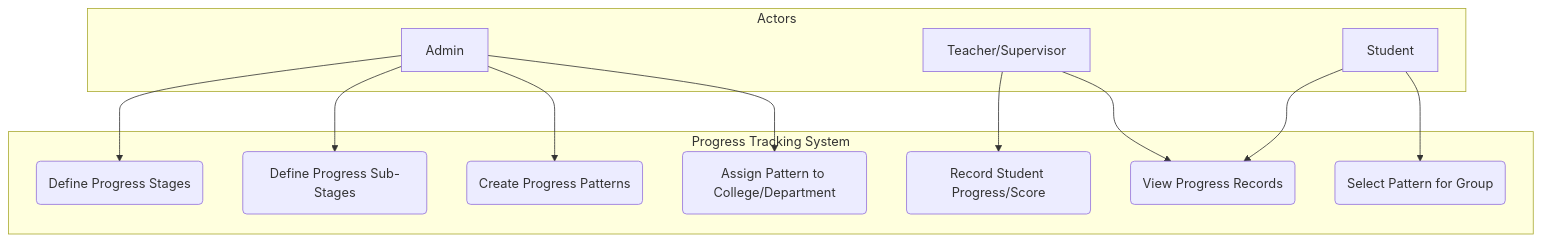
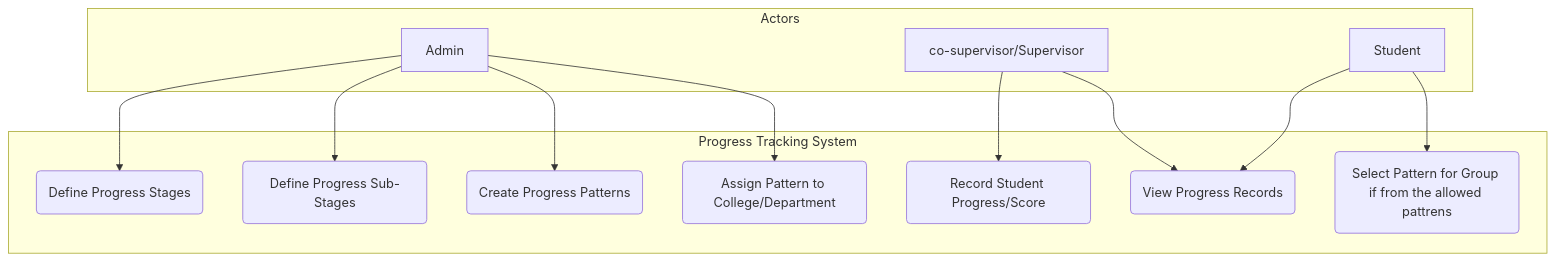
Before and after one commit to shathadahmash/unified_portal_for_graduation_projects_YCIT: the diagram in Mermaid diagrams/usecases/progress_tracking_use_case.mmd, drawn with Mermaid. The commit also changed 31 other files, not shown here.

```diff
--- a/Mermaid diagrams/usecases/progress_tracking_use_case.mmd
+++ b/Mermaid diagrams/usecases/progress_tracking_use_case.mmd
@@ -1,25 +1,25 @@
 graph TD
     subgraph Actors
         admin[Admin]
-        teacher[Teacher/Supervisor]
+        supervisor[co-supervisor/Supervisor]
         student[Student]
     end
 
     subgraph "Progress Tracking System"
         UC1(Define Progress Stages)
         UC2(Define Progress Sub-Stages)
         UC3(Create Progress Patterns)
         UC4(Assign Pattern to College/Department)
-        UC5(Select Pattern for Group)
+        UC5(Select Pattern for Group if from the allowed pattrens)
         UC6(Record Student Progress/Score)
         UC7(View Progress Records)
     end
 
     admin --> UC1
     admin --> UC2
     admin --> UC3
     admin --> UC4
-    teacher --> UC6
-    teacher --> UC7
+    supervisor --> UC6
+    supervisor --> UC7
     student --> UC7
     student --> UC5
```
